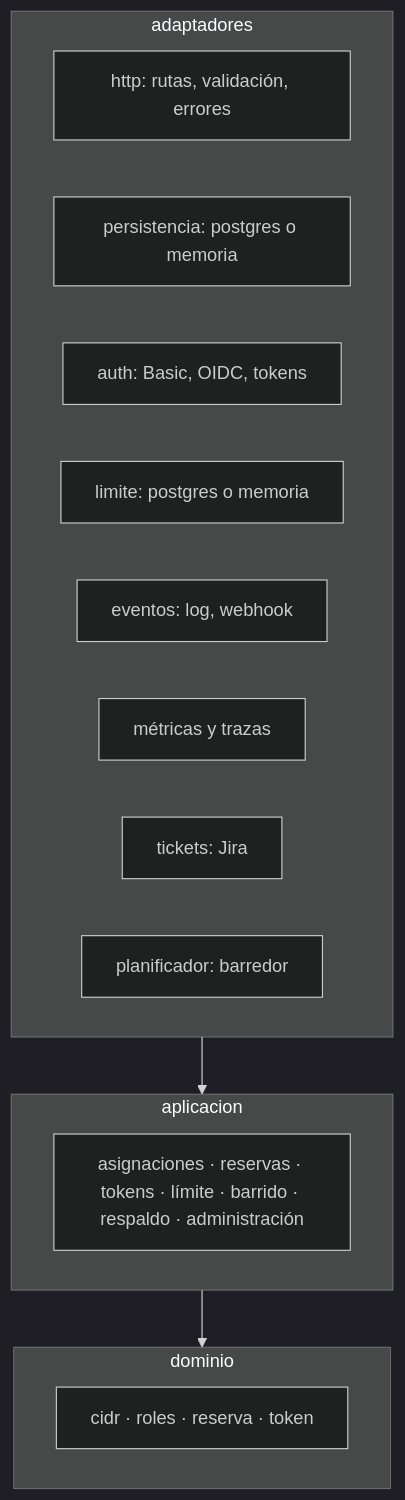
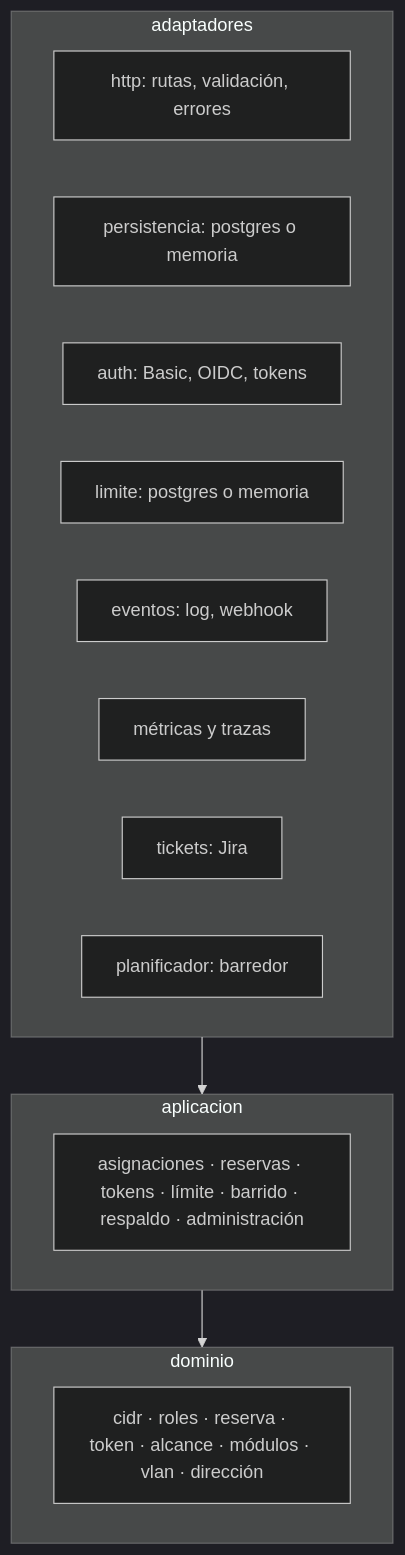
The second of 5 diagrams in docs/ARQUITECTURA.md (estratotechspa/ipam), drawn with Mermaid (dark theme) before and after one commit. The commit also changed other lines of this file and 14 other files, not shown here.

````diff
--- a/docs/ARQUITECTURA.md
+++ b/docs/ARQUITECTURA.md
@@ -23,20 +23,20 @@
 ```mermaid
 flowchart TB
   subgraph adaptadores
     http["http: rutas, validación, errores"]
     pers["persistencia: postgres o memoria"]
     aut["auth: Basic, OIDC, tokens"]
     lim["limite: postgres o memoria"]
     ev["eventos: log, webhook"]
     met["métricas y trazas"]
     tic["tickets: Jira"]
     plan["planificador: barredor"]
   end
   subgraph aplicacion
     cu["asignaciones · reservas · tokens · límite · barrido · respaldo · administración"]
   end
   subgraph dominio
-    dom["cidr · roles · reserva · token"]
+    dom["cidr · roles · reserva · token · alcance · módulos · vlan · dirección"]
   end
   adaptadores --> aplicacion --> dominio
 ```
````
